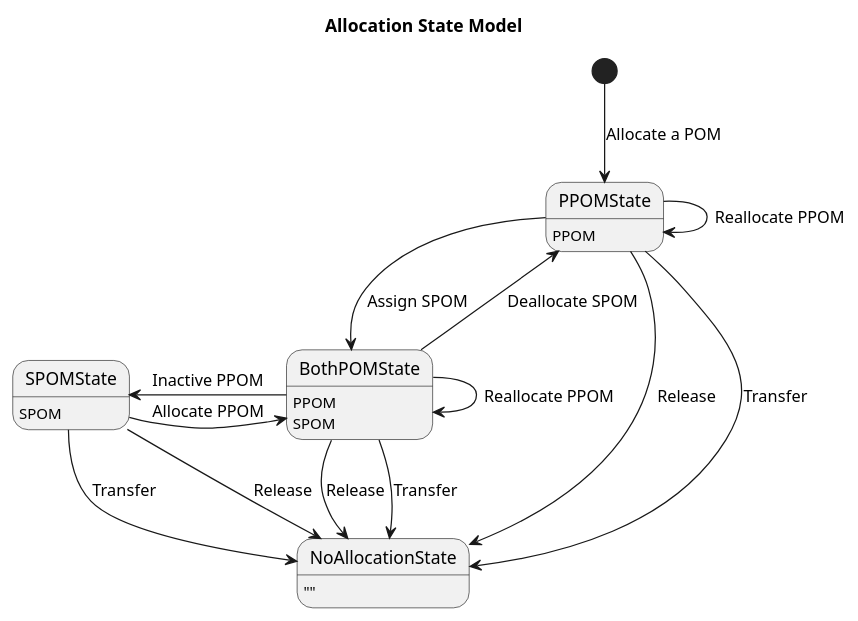
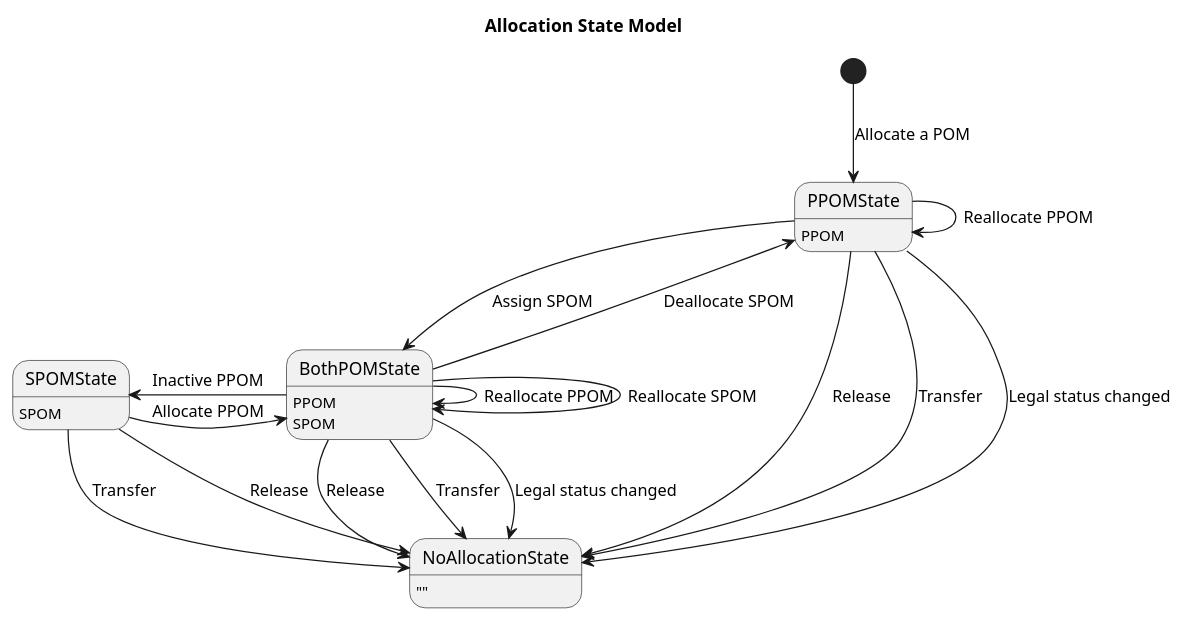
Before and after one commit to ministryofjustice/offender-management-allocation-manager: the diagram in docs/state-charts/allocation.puml, drawn with PlantUML. The commit also changed 2 other files, not shown here.

```diff
--- a/docs/state-charts/allocation.puml
+++ b/docs/state-charts/allocation.puml
@@ -1,32 +1,35 @@
 @startuml
 
 title Allocation State Model
 
 PPOMState : PPOM
 SPOMState : SPOM
 BothPOMState : PPOM
 BothPOMState : SPOM
 NoAllocationState : ""
 
 
 [*] --> PPOMState  : Allocate a POM
 
 PPOMState -> PPOMState : Reallocate PPOM
 
 PPOMState -> BothPOMState : Assign SPOM
 BothPOMState -up-> PPOMState : Deallocate SPOM
 
 BothPOMState -> SPOMState : Inactive PPOM
 SPOMState -down-> NoAllocationState : Release
 SPOMState -> NoAllocationState : Transfer
 SPOMState -> BothPOMState : Allocate PPOM
 
 BothPOMState -> BothPOMState: Reallocate PPOM
+BothPOMState -> BothPOMState: Reallocate SPOM
 
 PPOMState -> NoAllocationState: Release
 PPOMState -> NoAllocationState: Transfer
+PPOMState -> NoAllocationState: Legal status changed
 
 BothPOMState -> NoAllocationState: Release
 BothPOMState -> NoAllocationState: Transfer
+BothPOMState -> NoAllocationState: Legal status changed
 
 @enduml
```
